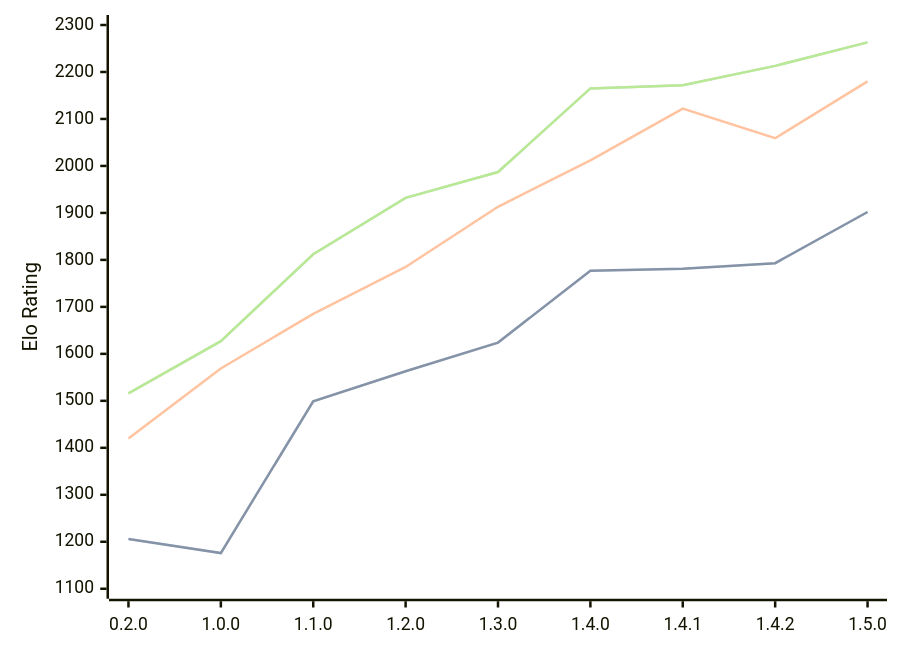
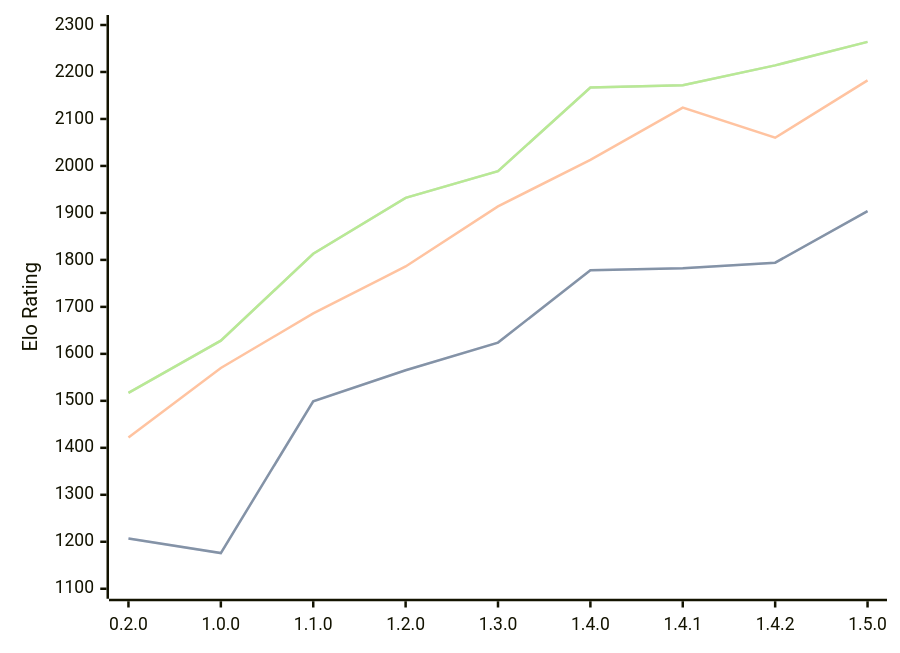
One commit to computer-chess-index/cci changed the diagram in engines/Zeppelin.md. Above: the diagram before and after it, drawn with Mermaid. The commit also changed other lines of this file, not shown here.

Commit message:
Update CCI Ratings (ELO VLTC) - 2026-08-26

````diff
--- a/engines/Zeppelin.md
+++ b/engines/Zeppelin.md
@@ -39,11 +39,11 @@
 ```mermaid
 %%{init: {"theme":"base","themeVariables":{"seriesColors:['#a3a3a3','#222221','#faa371']}}}%%
 xychart-beta
   x-axis ["0.2.0", "1.0.0", "1.1.0", "1.2.0", "1.3.0", "1.4.0", "1.4.1", "1.4.2", "1.5.0"]
   y-axis "Elo Rating" 1100 --> 2300
-  line "STC (8.0+0.08s)" [1206, 1176, 1499, 1563, 1624, 1777, 1781, 1793, 1902]
-  line "STC (8.0+0.08s)" [1206, 1176, 1499, 1563, 1624, 1777, 1781, 1793, 1902]
-  line "LTC (60.0+0.60s)" [1420, 1569, 1685, 1785, 1913, 2012, 2122, 2059, 2180]
-  line "VLTC (2m24s+1.12s)" [1516, 1627, 1812, 1932, 1987, 2165, 2172, 2213, 2263]
-  line "VLTC (2m24s+1.12s)" [1516, 1627, 1812, 1932, 1987, 2165, 2172, 2213, 2263]
+  line "STC (8.0+0.08s)" [1207, 1176, 1499, 1565, 1624, 1778, 1782, 1794, 1904]
+  line "STC (8.0+0.08s)" [1207, 1176, 1499, 1565, 1624, 1778, 1782, 1794, 1904]
+  line "LTC (60.0+0.60s)" [1422, 1570, 1686, 1786, 1914, 2013, 2124, 2060, 2182]
+  line "VLTC (2m24s+1.12s)" [1517, 1628, 1813, 1932, 1989, 2167, 2172, 2214, 2264]
+  line "VLTC (2m24s+1.12s)" [1517, 1628, 1813, 1932, 1989, 2167, 2172, 2214, 2264]
 ```
````
